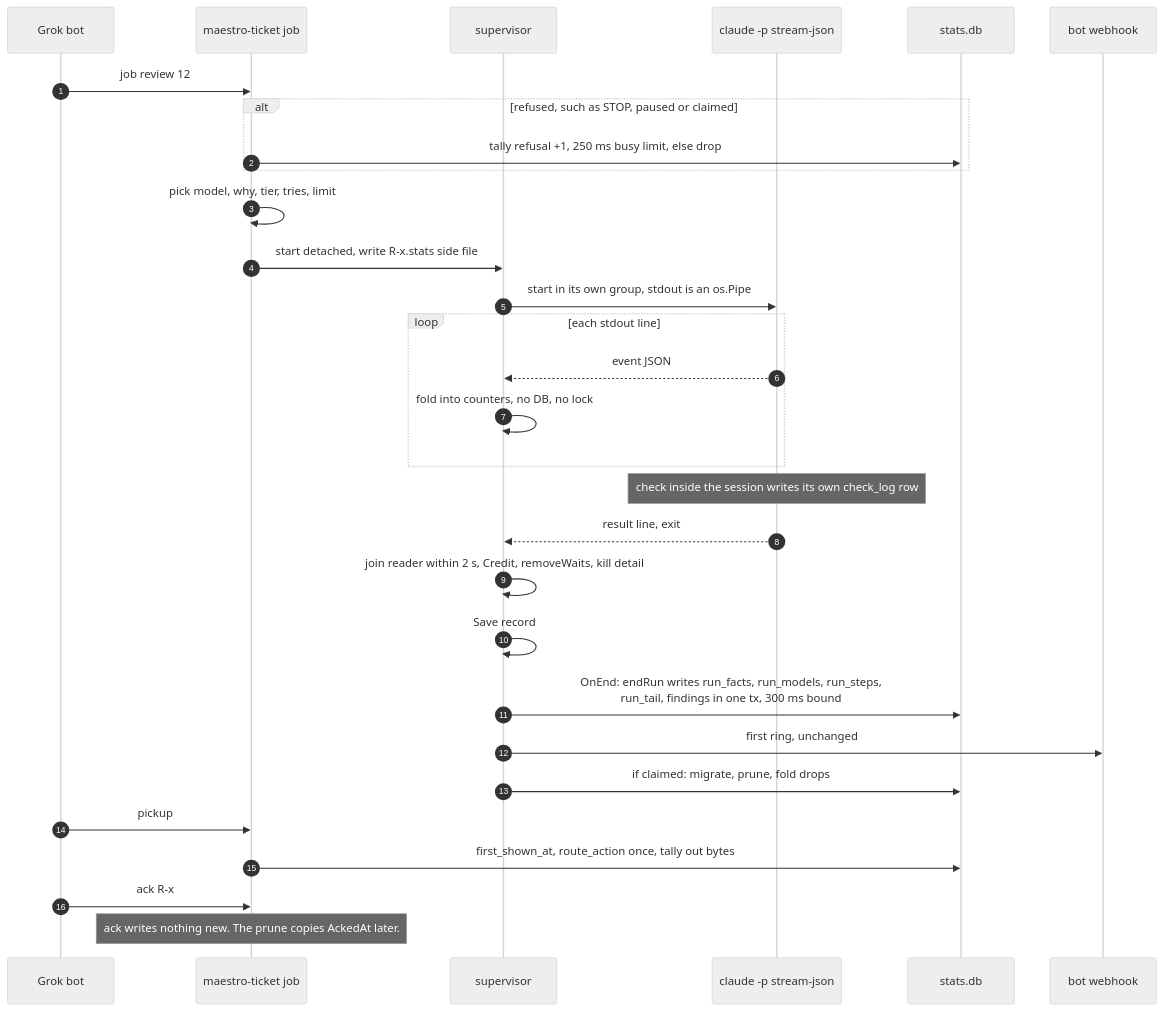
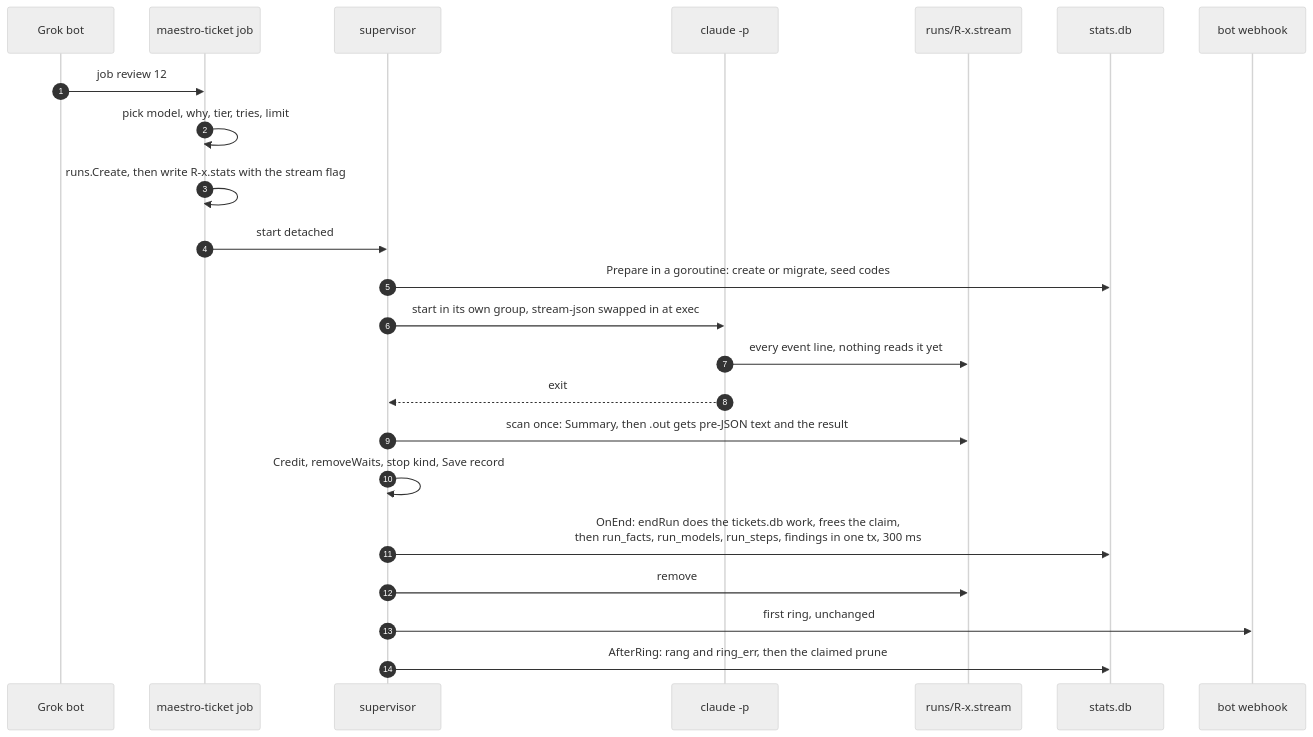
Before and after one commit to ProlesDei/maestro: the fifth of 11 diagrams in docs/design/data-collection.md, drawn with Mermaid (neutral theme). The commit also changed other lines of this file and 3 other files, not shown here.

````diff
--- a/docs/design/data-collection.md
+++ b/docs/design/data-collection.md
@@ -507,32 +487,25 @@
 ```mermaid
 sequenceDiagram
   autonumber
   participant B as Grok bot
   participant J as maestro-ticket job
   participant S as supervisor
-  participant C as claude -p stream-json
+  participant C as claude -p
+  participant F as runs/R-x.stream
   participant D as stats.db
   participant W as bot webhook
   B->>J: job review 12
-  alt refused, such as STOP, paused or claimed
-    J->>D: tally refusal +1, 250 ms busy limit, else drop
-  end
   J->>J: pick model, why, tier, tries, limit
-  J->>S: start detached, write R-x.stats side file
-  S->>C: start in its own group, stdout is an os.Pipe
-  loop each stdout line
-    C-->>S: event JSON
-    S->>S: fold into counters, no DB, no lock
-  end
-  Note over C: check inside the session writes its own check_log row
-  C-->>S: result line, exit
-  S->>S: join reader within 2 s, Credit, removeWaits, kill detail
-  S->>S: Save record
-  S->>D: OnEnd: endRun writes run_facts, run_models, run_steps,<br/>run_tail, findings in one tx, 300 ms bound
+  J->>J: runs.Create, then write R-x.stats with the stream flag
+  J->>S: start detached
+  S->>D: Prepare in a goroutine: create or migrate, seed codes
+  S->>C: start in its own group, stream-json swapped in at exec
+  C->>F: every event line, nothing reads it yet
+  C-->>S: exit
+  S->>F: scan once: Summary, then .out gets pre-JSON text and the result
+  S->>S: Credit, removeWaits, stop kind, Save record
+  S->>D: OnEnd: endRun does the tickets.db work, frees the claim,<br/>then run_facts, run_models, run_steps, findings in one tx, 300 ms
+  S->>F: remove
   S->>W: first ring, unchanged
-  S->>D: if claimed: migrate, prune, fold drops
-  B->>J: pickup
-  J->>D: first_shown_at, route_action once, tally out bytes
-  B->>J: ack R-x
-  Note over J: ack writes nothing new. The prune copies AckedAt later.
+  S->>D: AfterRing: rang and ring_err, then the claimed prune
 ```
````
